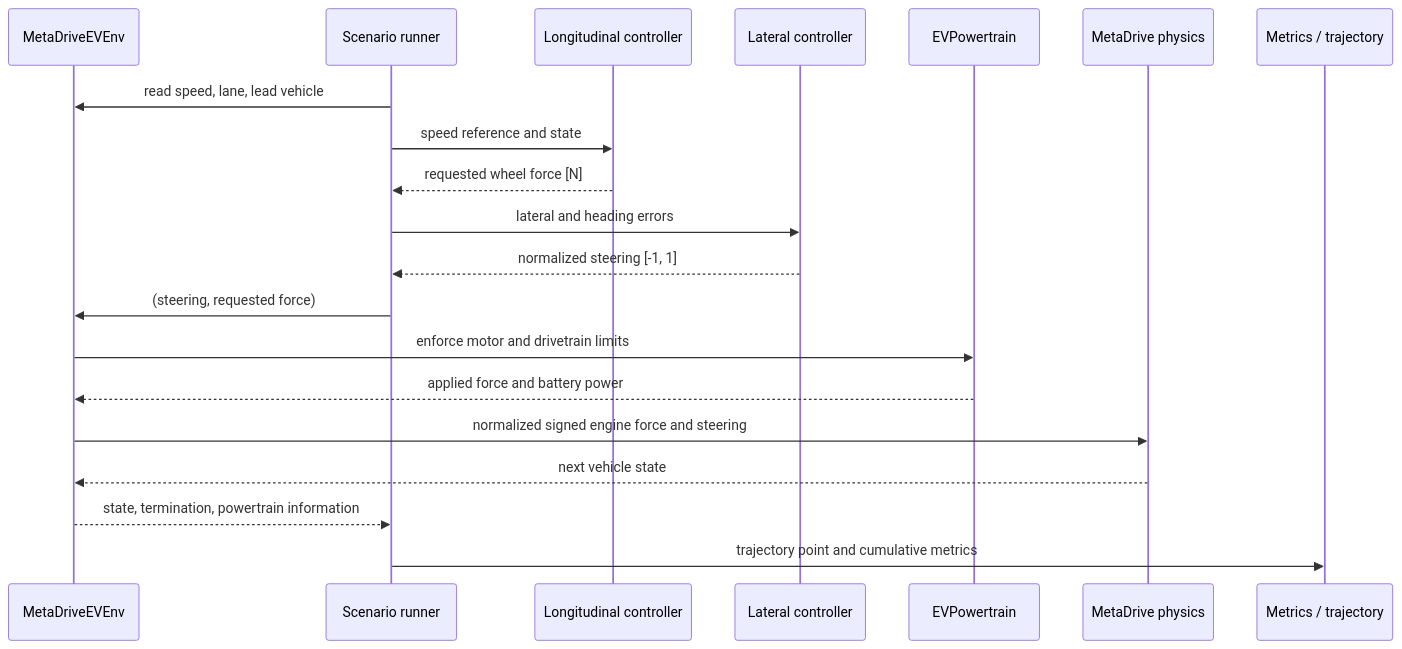
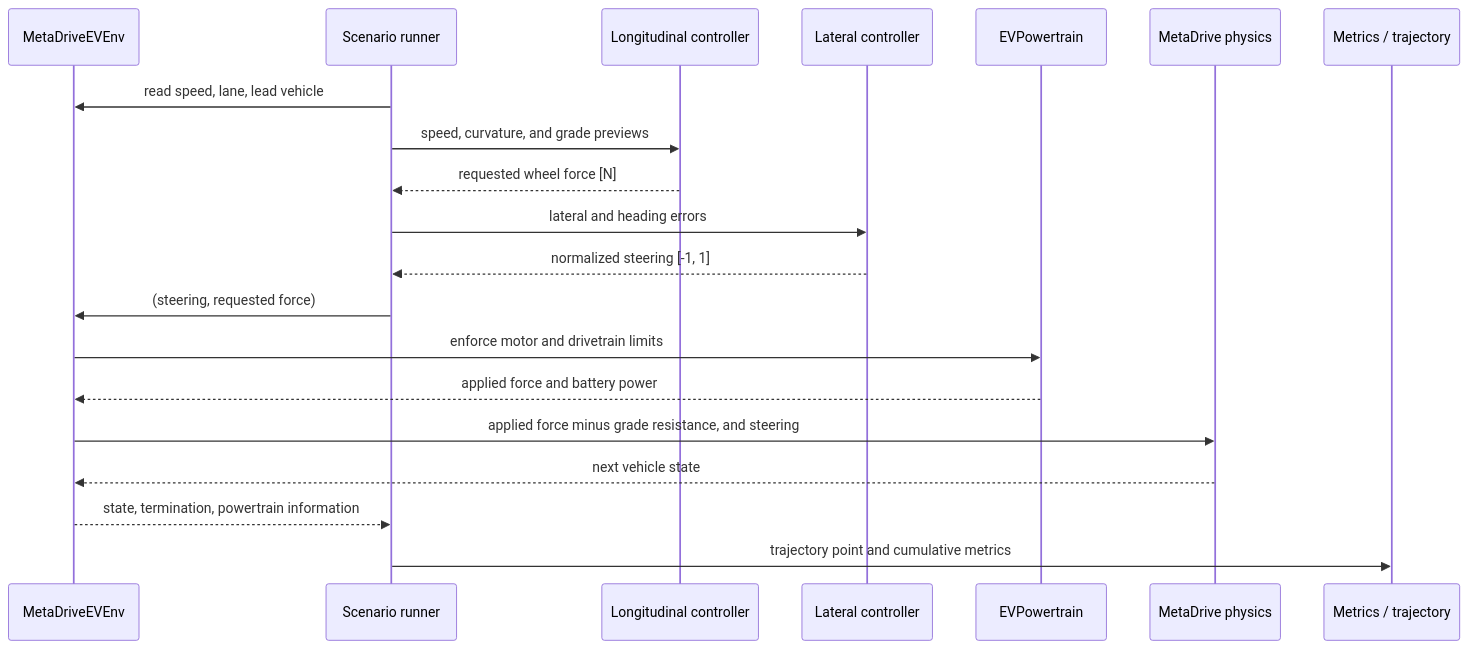
The diagram in docs/architecture/data-flow.md (odetojsmith/Codesign-for-Cruise-Control), drawn with Mermaid before and after one commit. The commit also changed other lines of this file and 77 other files, not shown here.

````diff
--- a/docs/architecture/data-flow.md
+++ b/docs/architecture/data-flow.md
@@ -8,23 +8,23 @@
 ```mermaid
 sequenceDiagram
     participant Env as MetaDriveEVEnv
     participant Scenario as Scenario runner
     participant Long as Longitudinal controller
     participant Lat as Lateral controller
     participant PT as EVPowertrain
     participant MD as MetaDrive physics
     participant Log as Metrics / trajectory
 
     Scenario->>Env: read speed, lane, lead vehicle
-    Scenario->>Long: speed reference and state
+    Scenario->>Long: speed, curvature, and grade previews
     Long-->>Scenario: requested wheel force [N]
     Scenario->>Lat: lateral and heading errors
     Lat-->>Scenario: normalized steering [-1, 1]
     Scenario->>Env: (steering, requested force)
     Env->>PT: enforce motor and drivetrain limits
     PT-->>Env: applied force and battery power
-    Env->>MD: normalized signed engine force and steering
+    Env->>MD: applied force minus grade resistance, and steering
     MD-->>Env: next vehicle state
     Env-->>Scenario: state, termination, powertrain information
     Scenario->>Log: trajectory point and cumulative metrics
 ```
````
